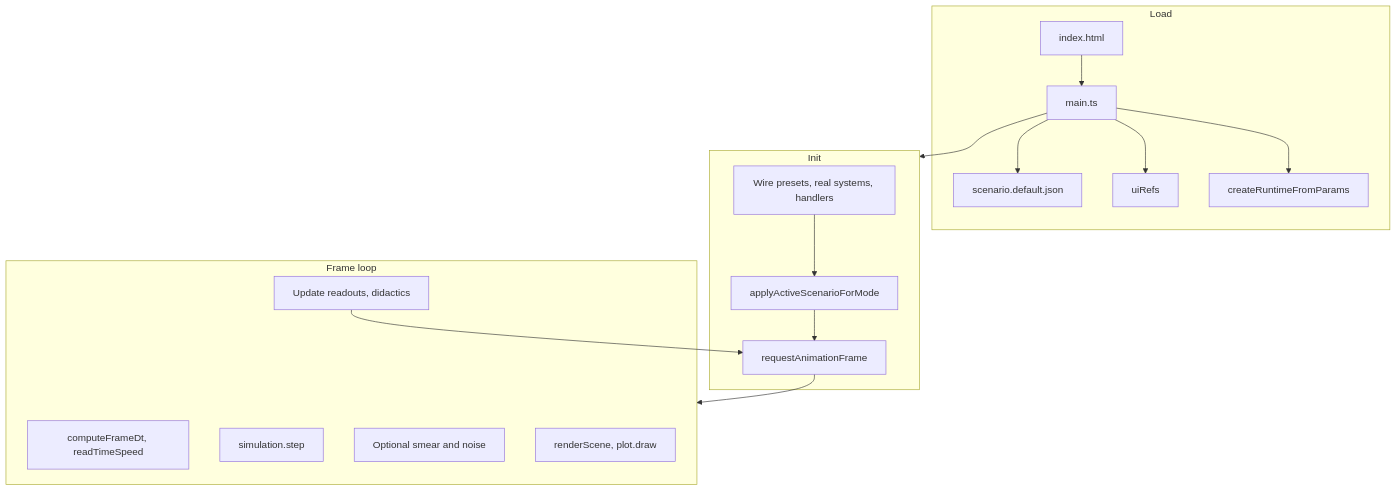
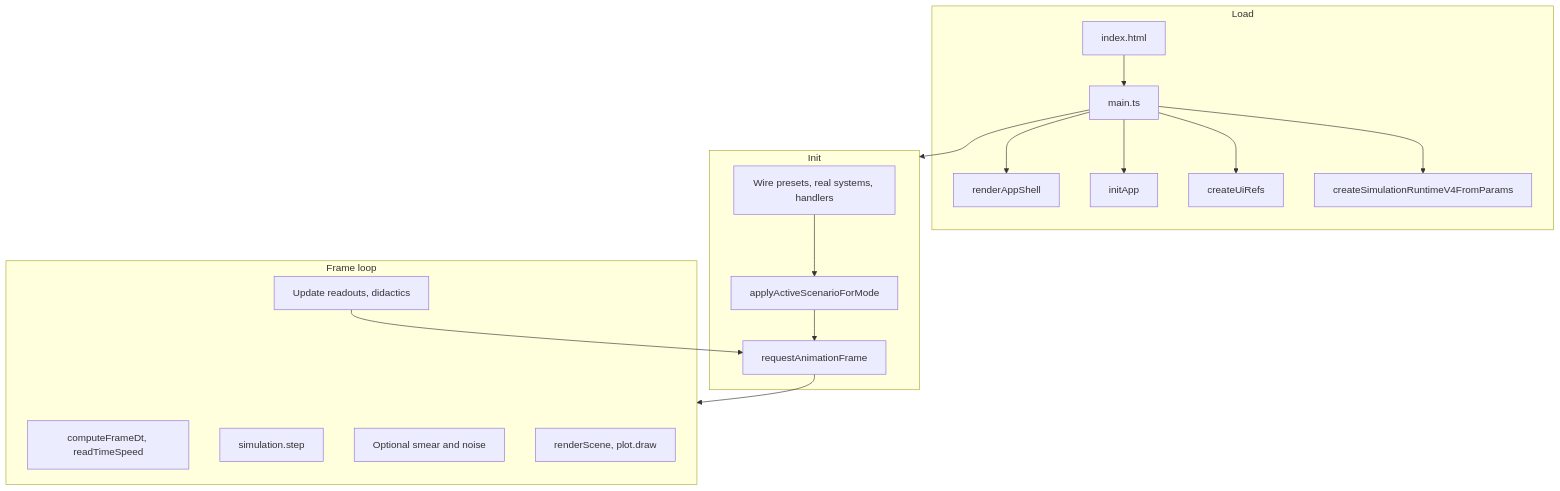
The third of 4 diagrams in README.md (sebastianspicker/otherlight), drawn with Mermaid before and after one commit. The commit also changed other lines of this file and 75 other files, not shown here.

````diff
--- a/README.md
+++ b/README.md
@@ -109,31 +109,33 @@
 ```mermaid
 flowchart TD
   subgraph load [Load]
     HTML[index.html]
     Main[main.ts]
-    Scenario[scenario.default.json]
-    Refs[uiRefs]
-    Sim0[createRuntimeFromParams]
+    Shell[renderAppShell]
+    Bootstrap[initApp]
+    Refs[createUiRefs]
+    Sim0[createSimulationRuntimeV4FromParams]
   end
   subgraph init [Init]
     Wire[Wire presets, real systems, handlers]
     ApplyInit[applyActiveScenarioForMode]
     RAF[requestAnimationFrame]
   end
   subgraph loop [Frame loop]
     Dt[computeFrameDt, readTimeSpeed]
     Step[simulation.step]
     Smear[Optional smear and noise]
     Render[renderScene, plot.draw]
     Readouts[Update readouts, didactics]
   end
   HTML --> Main
-  Main --> Scenario
+  Main --> Shell
+  Main --> Bootstrap
   Main --> Refs
   Main --> Sim0
   Main --> init
   Wire --> ApplyInit
   ApplyInit --> RAF
   RAF --> loop
   Readouts --> RAF
 ```
````
